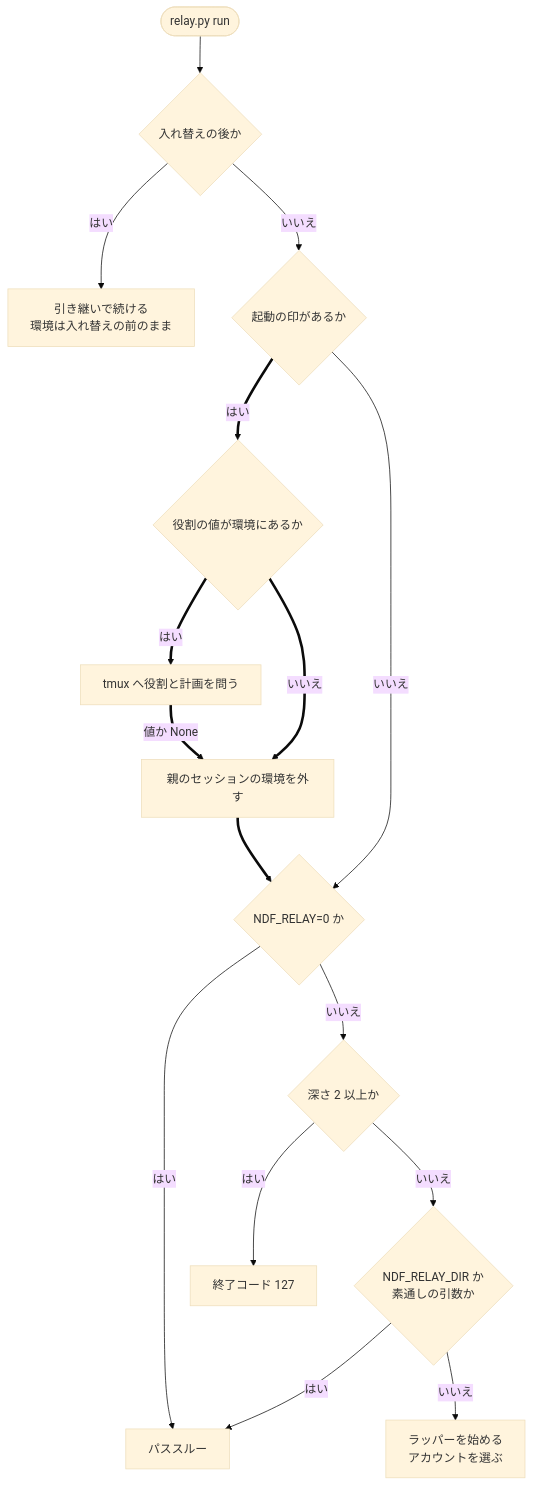
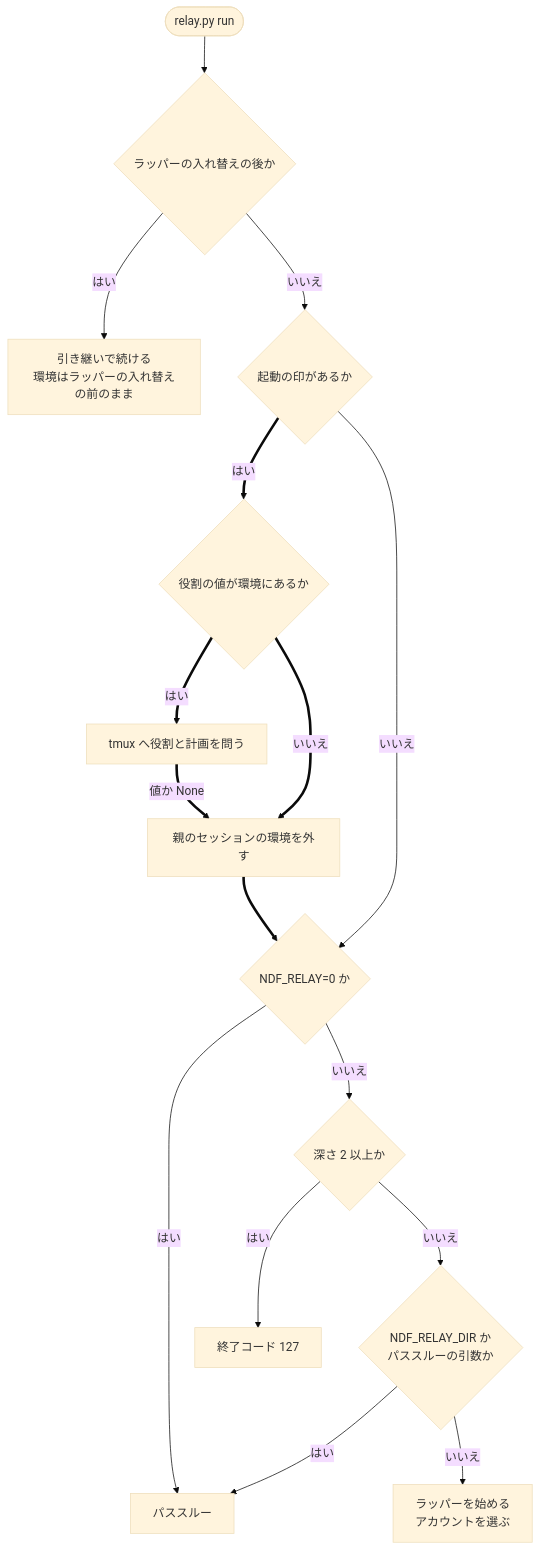
The third of 4 diagrams in issues/issue-2656-design.md (devbasex/ai-plugins), drawn with Mermaid (base theme) before and after one commit. The commit also changed other lines of this file, not shown here.

````diff
--- a/issues/issue-2656-design.md
+++ b/issues/issue-2656-design.md
@@ -264,18 +329,18 @@
 ```mermaid
 graph TD
-    S([relay.py run]) --> H{入れ替えの後か}
-    H -->|はい| R[引き継いで続ける<br/>環境は入れ替えの前のまま]
+    S([relay.py run]) --> H{ラッパーの入れ替えの後か}
+    H -->|はい| R[引き継いで続ける<br/>環境はラッパーの入れ替えの前のまま]
     H -->|いいえ| M{起動の印があるか}
     M ==>|はい| L{役割の値が環境にあるか}
     L ==>|はい| Q[tmux へ役割と計画を問う]
     L ==>|いいえ| D[親のセッションの環境を外す]
     Q ==>|値か None| D
     D ==> N{NDF_RELAY=0 か}
     M -->|いいえ| N
     N -->|はい| P[パススルー]
     N -->|いいえ| C{深さ 2 以上か}
     C -->|はい| X[終了コード 127]
-    C -->|いいえ| T{NDF_RELAY_DIR か<br/>素通しの引数か}
+    C -->|いいえ| T{NDF_RELAY_DIR か<br/>パススルーの引数か}
     T -->|はい| P
     T -->|いいえ| W[ラッパーを始める<br/>アカウントを選ぶ]
 ```
````
